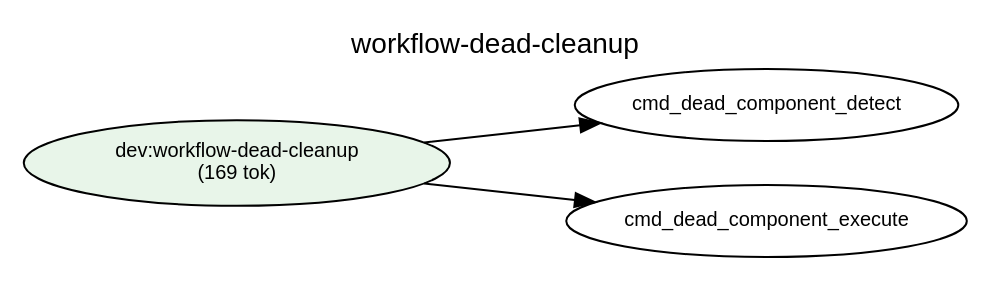
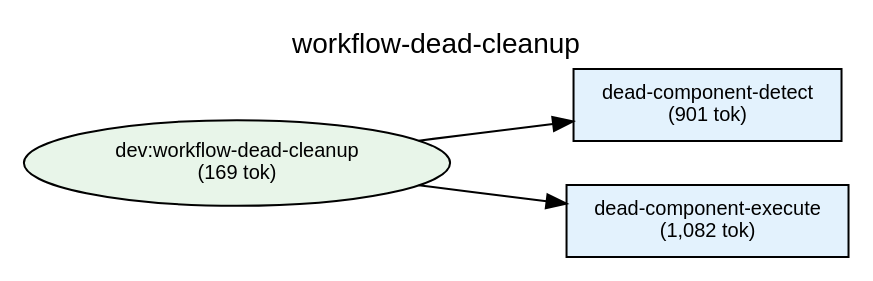
The diagram in plugins/dev/docs/deps-workflow-dead-cleanup.dot (shuu5/twill), drawn with Graphviz before and after one commit. The commit also changed 26 other files, not shown here.

```diff
--- a/plugins/dev/docs/deps-workflow-dead-cleanup.dot
+++ b/plugins/dev/docs/deps-workflow-dead-cleanup.dot
@@ -1,39 +1,45 @@
 digraph Dependencies {
     // Graph settings
     rankdir=LR;
     ranksep=0.8;
     nodesep=0.3;
     fontname="Helvetica";
     node [fontname="Helvetica", fontsize=10];
     edge [fontname="Helvetica", fontsize=9];
     label="workflow-dead-cleanup";
     labelloc=t;
     fontsize=14;
 
     // L0: Controller Skills
 
     // L0: Launchers
 
     // L0.5: Workflow Skills
     skill_workflow_dead_cleanup [label="dev:workflow-dead-cleanup\n(169 tok)", shape=ellipse, style=filled, fillcolor="#e8f5e9"];
 
     // Reference Skills
 
     // L1: Direct Commands
+    cmd_dead_component_detect [label="dead-component-detect\n(901 tok)", shape=box, style=filled, fillcolor="#e3f2fd"];
+    cmd_dead_component_execute [label="dead-component-execute\n(1,082 tok)", shape=box, style=filled, fillcolor="#e3f2fd"];
 
     // L2: Sub Commands
 
     // L3: Agents
 
     // L3.5: Scripts
 
     // L4: External
 
     // Layer constraints
     { rank=same; skill_workflow_dead_cleanup; }
+    { rank=same; cmd_dead_component_detect; cmd_dead_component_execute; }
 
     // Edges
     skill_workflow_dead_cleanup -> cmd_dead_component_detect;
     skill_workflow_dead_cleanup -> cmd_dead_component_execute;
 
+    // Ordering constraints (invisible edges)
+    cmd_dead_component_detect -> cmd_dead_component_execute [style=invis, weight=10];
+
 }
```
